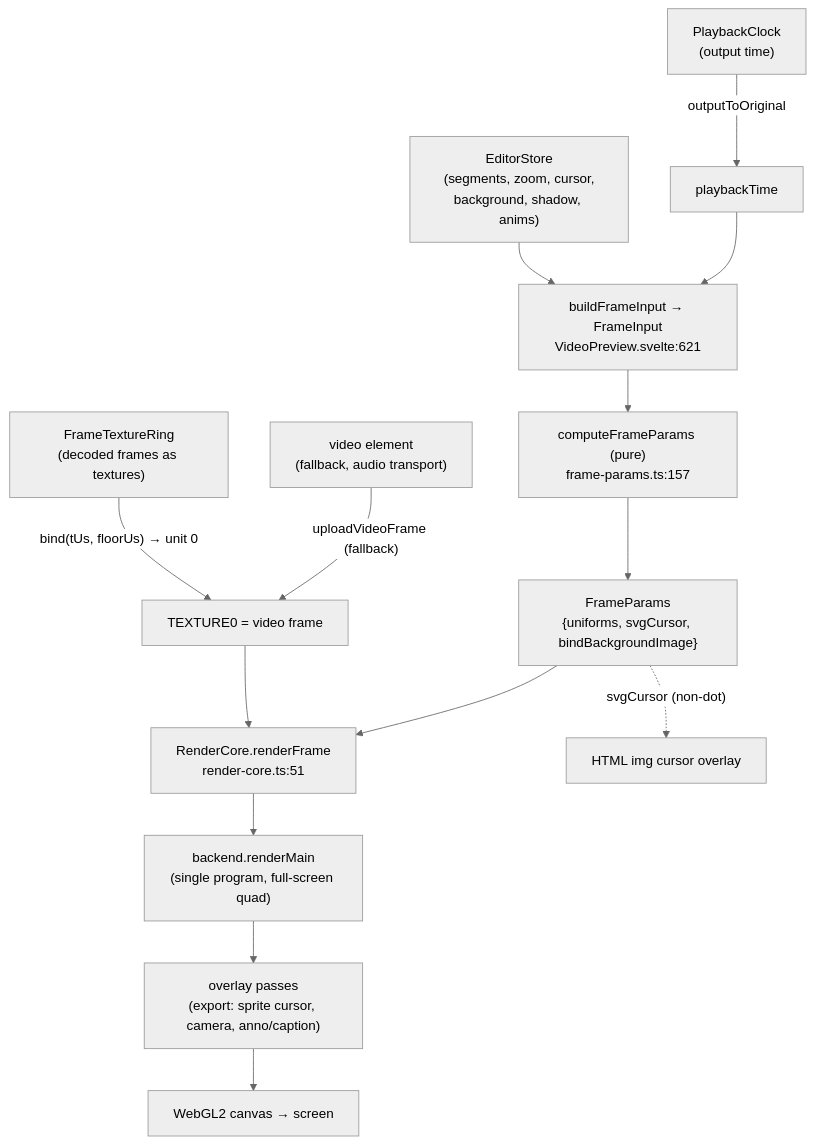
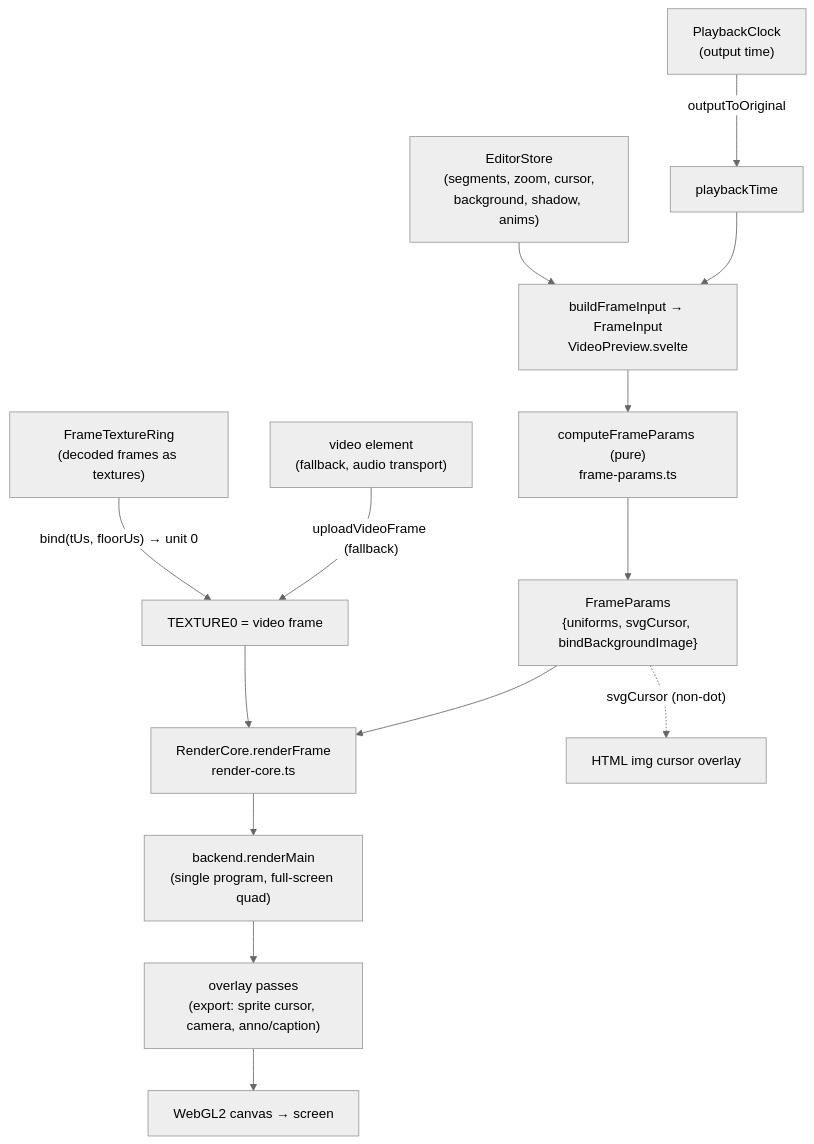
One commit to kanakkholwal/recast changed the first of 2 diagrams in apps/web/content/architecture/preview-rendercore.md. Above: the diagram before and after it, drawn with Mermaid (neutral theme). The commit also changed other lines of this file and 10 other files, not shown here.

````diff
--- a/apps/web/content/architecture/preview-rendercore.md
+++ b/apps/web/content/architecture/preview-rendercore.md
@@ -60,23 +60,23 @@
 ```mermaid
 flowchart TD
   store["EditorStore<br/>(segments, zoom, cursor,<br/>background, shadow, anims)"]
   clock["PlaybackClock<br/>(output time)"]
   ring["FrameTextureRing<br/>(decoded frames as textures)"]
   video["video element<br/>(fallback, audio transport)"]
 
   clock -->|"outputToOriginal"| playbackTime
-  store --> fi["buildFrameInput → FrameInput<br/>VideoPreview.svelte:621"]
+  store --> fi["buildFrameInput → FrameInput<br/>VideoPreview.svelte"]
   playbackTime --> fi
-  fi --> cfp["computeFrameParams (pure)<br/>frame-params.ts:157"]
+  fi --> cfp["computeFrameParams (pure)<br/>frame-params.ts"]
   cfp --> params["FrameParams<br/>{uniforms, svgCursor, bindBackgroundImage}"]
 
   ring -->|"bind(tUs, floorUs) → unit 0"| tex0["TEXTURE0 = video frame"]
   video -->|"uploadVideoFrame (fallback)"| tex0
 
-  params --> rc["RenderCore.renderFrame<br/>render-core.ts:51"]
+  params --> rc["RenderCore.renderFrame<br/>render-core.ts"]
   tex0 --> rc
   rc --> main["backend.renderMain<br/>(single program, full-screen quad)"]
   main --> passes["overlay passes<br/>(export: sprite cursor, camera, anno/caption)"]
   passes --> canvas["WebGL2 canvas → screen"]
   params -.->|"svgCursor (non-dot)"| domimg["HTML img cursor overlay"]
 ```
````
